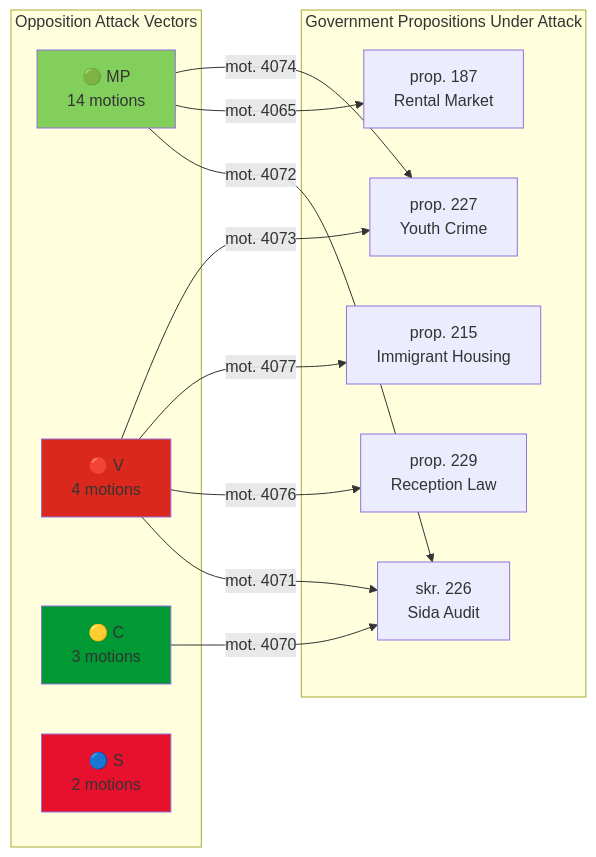
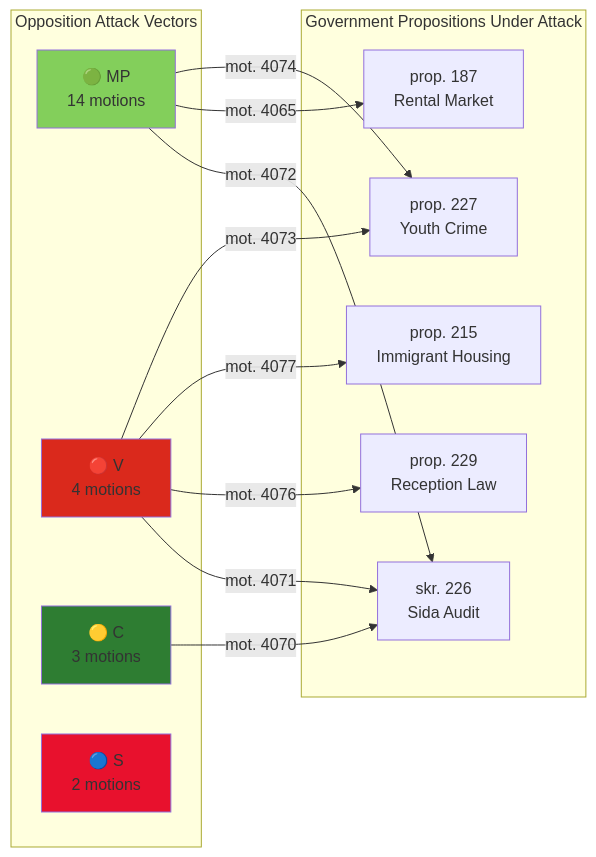
One commit to Hack23/riksdagsmonitor changed the diagram in analysis/daily/2026-04-15/motions/threat-analysis.md. Above: the diagram before and after it, drawn with Mermaid. The commit also changed 785 other files, not shown here.

First line of the commit message:
Normalize mermaid colors across 786 analysis artifacts to ISMS Style Guide palette

````diff
--- a/analysis/daily/2026-04-15/motions/threat-analysis.md
+++ b/analysis/daily/2026-04-15/motions/threat-analysis.md
@@ -34,28 +34,28 @@
 ```mermaid
 graph LR
     subgraph "Opposition Attack Vectors"
         MP["🟢 MP<br/>14 motions"]
         V["🔴 V<br/>4 motions"]
         C["🟡 C<br/>3 motions"]
         S["🔵 S<br/>2 motions"]
     end
     subgraph "Government Propositions Under Attack"
         P227["prop. 227<br/>Youth Crime"]
         P215["prop. 215<br/>Immigrant Housing"]
         P229["prop. 229<br/>Reception Law"]
         P187["prop. 187<br/>Rental Market"]
         P226["skr. 226<br/>Sida Audit"]
     end
     MP -->|"mot. 4074"| P227
     V -->|"mot. 4073"| P227
     V -->|"mot. 4077"| P215
     V -->|"mot. 4076"| P229
     MP -->|"mot. 4065"| P187
     V -->|"mot. 4071"| P226
     C -->|"mot. 4070"| P226
     MP -->|"mot. 4072"| P226
     style MP fill:#83CF5B
     style V fill:#DA291C
-    style C fill:#009933
+    style C fill:#2E7D32
     style S fill:#E8112D
 ```
````
